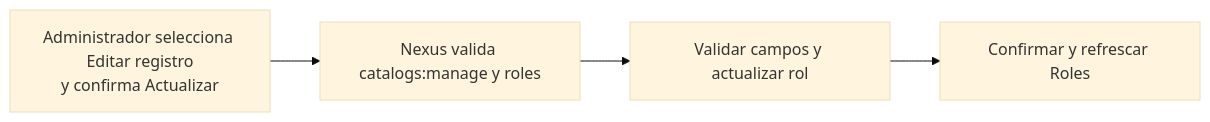
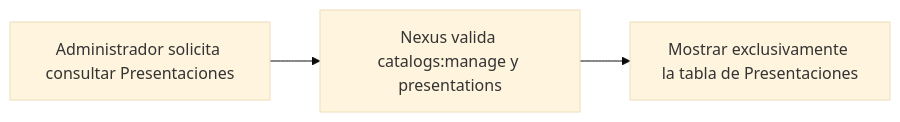
One commit to gpgsistemas01/nexus changed the diagram in docs/requirements/diagrams/catalogs/cu-cat-15.md. Above: the diagram before and after it, drawn with Mermaid (base theme). The commit also changed other lines of this file and 167 other files, not shown here.

````diff
--- a/docs/requirements/diagrams/catalogs/cu-cat-15.md
+++ b/docs/requirements/diagrams/catalogs/cu-cat-15.md
@@ -3,6 +3,5 @@
 ```mermaid
 flowchart LR
-    request["Administrador selecciona Editar registro<br/>y confirma Actualizar"] --> authorize["Nexus valida catalogs:manage y roles"]
-    authorize --> persist["Validar campos y actualizar rol"]
-    persist --> result["Confirmar y refrescar Roles"]
+    request["Administrador solicita consultar Presentaciones"] --> authorize["Nexus valida catalogs:manage y presentations"]
+    authorize --> result["Mostrar exclusivamente la tabla de Presentaciones"]
 ```
````
